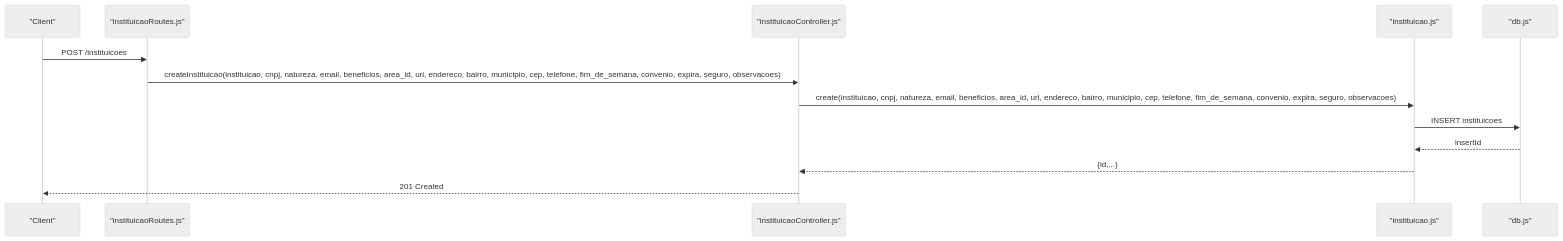
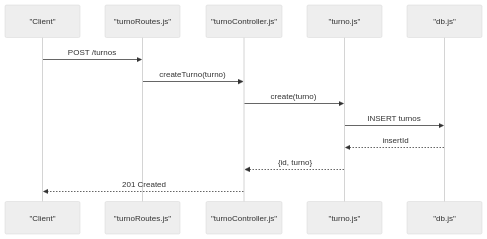
One commit to luiseduacosta/nodemural changed the second of 4 diagrams in .qoder/repowiki/en/content/Data Models & Database Design/Student & Internship Models.md. Above: the diagram before and after it, drawn with Mermaid (neutral theme). The commit also changed other lines of this file and 4 other files, not shown here.

Commit message:
Fix issue on supervisores controller and model with the field ano_formacao: change ano_formatura to ano_formaacao.

````diff
--- a/.qoder/repowiki/en/content/Data Models & Database Design/Student & Internship Models.md
+++ b/.qoder/repowiki/en/content/Data Models & Database Design/Student & Internship Models.md
@@ -167,15 +191,15 @@
 ```mermaid
 sequenceDiagram
 participant Client as "Client"
-participant Router as "instituicaoRoutes.js"
-participant Ctrl as "instituicaoController.js"
-participant Model as "instituicao.js"
+participant Router as "turnoRoutes.js"
+participant Ctrl as "turnoController.js"
+participant Model as "turno.js"
 participant DB as "db.js"
-Client->>Router : POST /instituicoes
-Router->>Ctrl : createInstituicao(instituicao, cnpj, natureza, email, beneficios, area_id, url, endereco, bairro, municipio, cep, telefone, fim_de_semana, convenio, expira, seguro, observacoes)
-Ctrl->>Model : create(instituicao, cnpj, natureza, email, beneficios, area_id, url, endereco, bairro, municipio, cep, telefone, fim_de_semana, convenio, expira, seguro, observacoes)
-Model->>DB : INSERT instituicoes
+Client->>Router : POST /turnos
+Router->>Ctrl : createTurno(turno)
+Ctrl->>Model : create(turno)
+Model->>DB : INSERT turnos
 DB-->>Model : insertId
-Model-->>Ctrl : {id,...}
+Model-->>Ctrl : {id, turno}
 Ctrl-->>Client : 201 Created
 ```
````
